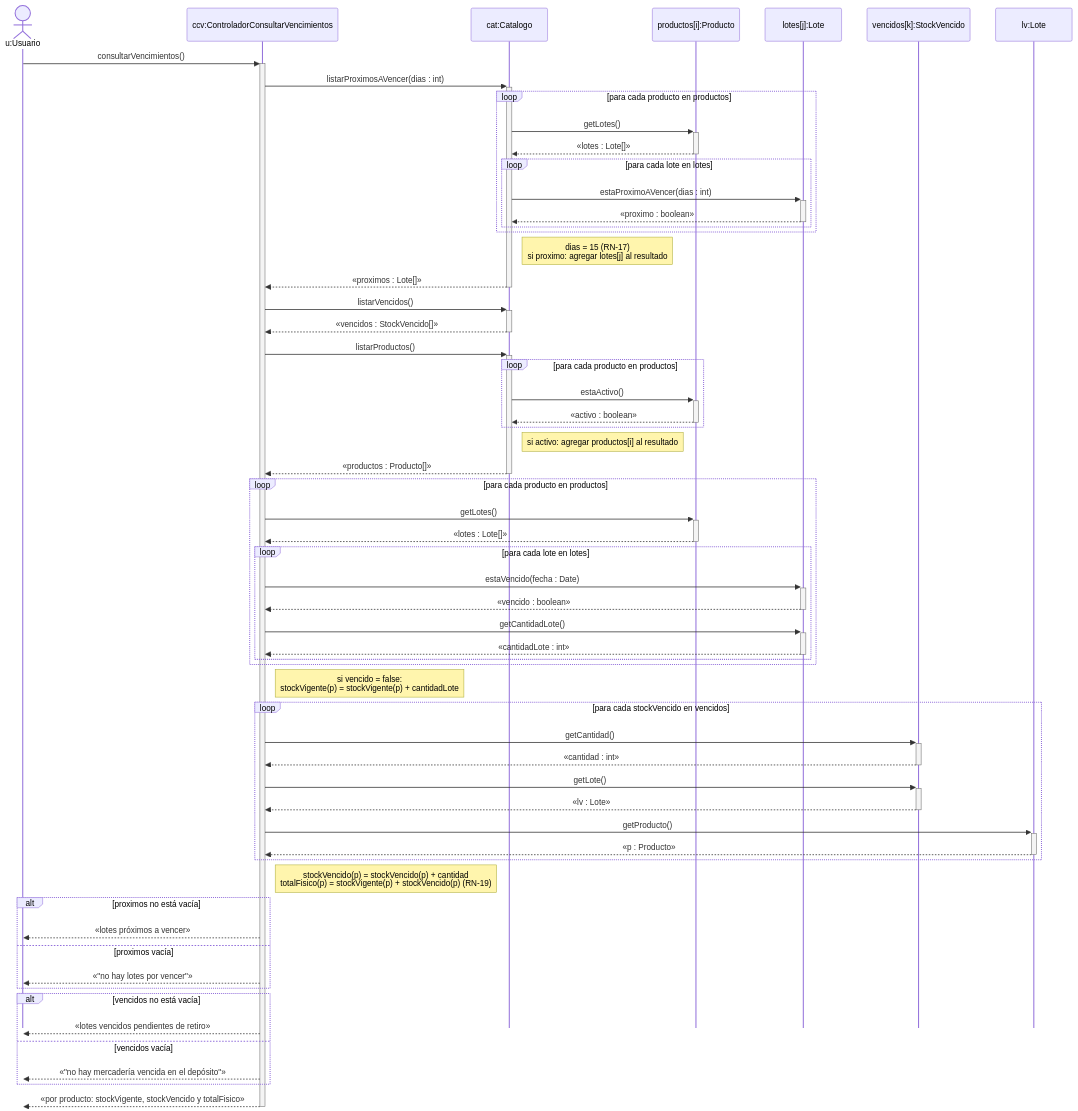
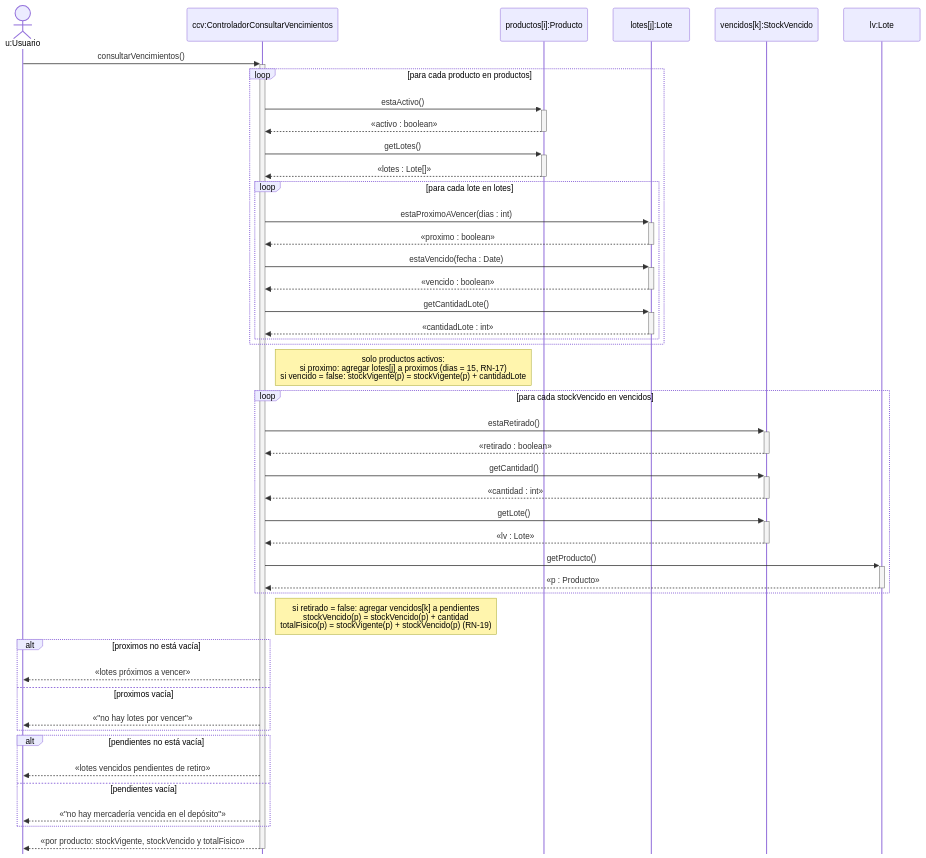
One commit to cirotop/Stock-Project changed diagram 17 of 17 in 08-Diagrama De Secuencia/Diagramas_de_Secuencia.md. Above: the diagram before and after it, drawn with Mermaid. The commit also changed other lines of this file, not shown here.

````diff
--- a/08-Diagrama De Secuencia/Diagramas_de_Secuencia.md
+++ b/08-Diagrama De Secuencia/Diagramas_de_Secuencia.md
@@ -459,65 +533,50 @@
 ```mermaid
 %%{init: {"sequence": {"mirrorActors": false}, "themeCSS": ".loopLine { stroke-dasharray: none !important; stroke-width: 1.5px !important; }"}}%%
 sequenceDiagram
     actor u as u:Usuario
     participant ccv as ccv:ControladorConsultarVencimientos
-    participant cat as cat:Catalogo
     participant pi as productos[i]:Producto
     participant li as lotes[j]:Lote
     participant vi as vencidos[k]:StockVencido
     participant lv as lv:Lote
 
     u->>+ccv: consultarVencimientos()
-    ccv->>+cat: listarProximosAVencer(dias : int)
     loop para cada producto en productos
-        cat->>+pi: getLotes()
-        pi-->>-cat: «lotes : Lote[]»
-        loop para cada lote en lotes
-            cat->>+li: estaProximoAVencer(dias : int)
-            li-->>-cat: «proximo : boolean»
-        end
-    end
-    Note right of cat: dias = 15 (RN-17)<br/>si proximo: agregar lotes[j] al resultado
-    cat-->>-ccv: «proximos : Lote[]»
-    ccv->>+cat: listarVencidos()
-    cat-->>-ccv: «vencidos : StockVencido[]»
-    ccv->>+cat: listarProductos()
-    loop para cada producto en productos
-        cat->>+pi: estaActivo()
-        pi-->>-cat: «activo : boolean»
-    end
-    Note right of cat: si activo: agregar productos[i] al resultado
-    cat-->>-ccv: «productos : Producto[]»
-    loop para cada producto en productos
+        ccv->>+pi: estaActivo()
+        pi-->>-ccv: «activo : boolean»
         ccv->>+pi: getLotes()
         pi-->>-ccv: «lotes : Lote[]»
         loop para cada lote en lotes
+            ccv->>+li: estaProximoAVencer(dias : int)
+            li-->>-ccv: «proximo : boolean»
             ccv->>+li: estaVencido(fecha : Date)
             li-->>-ccv: «vencido : boolean»
             ccv->>+li: getCantidadLote()
             li-->>-ccv: «cantidadLote : int»
         end
     end
-    Note right of ccv: si vencido = false:<br/>stockVigente(p) = stockVigente(p) + cantidadLote
+    Note right of ccv: solo productos activos:<br/>si proximo: agregar lotes[j] a proximos (dias = 15, RN-17)<br/>si vencido = false: stockVigente(p) = stockVigente(p) + cantidadLote
     loop para cada stockVencido en vencidos
+        ccv->>+vi: estaRetirado()
+        vi-->>-ccv: «retirado : boolean»
         ccv->>+vi: getCantidad()
         vi-->>-ccv: «cantidad : int»
         ccv->>+vi: getLote()
         vi-->>-ccv: «lv : Lote»
         ccv->>+lv: getProducto()
         lv-->>-ccv: «p : Producto»
     end
-    Note right of ccv: stockVencido(p) = stockVencido(p) + cantidad<br/>totalFisico(p) = stockVigente(p) + stockVencido(p) (RN-19)
+    Note right of ccv: si retirado = false: agregar vencidos[k] a pendientes<br/>stockVencido(p) = stockVencido(p) + cantidad<br/>totalFisico(p) = stockVigente(p) + stockVencido(p) (RN-19)
     alt proximos no está vacía
         ccv-->>u: «lotes próximos a vencer»
     else proximos vacía
         ccv-->>u: «"no hay lotes por vencer"»
     end
-    alt vencidos no está vacía
+    alt pendientes no está vacía
         ccv-->>u: «lotes vencidos pendientes de retiro»
-    else vencidos vacía
+    else pendientes vacía
         ccv-->>u: «"no hay mercadería vencida en el depósito"»
     end
     ccv-->>u: «por producto: stockVigente, stockVencido y totalFisico»
     deactivate ccv
 ```
````
